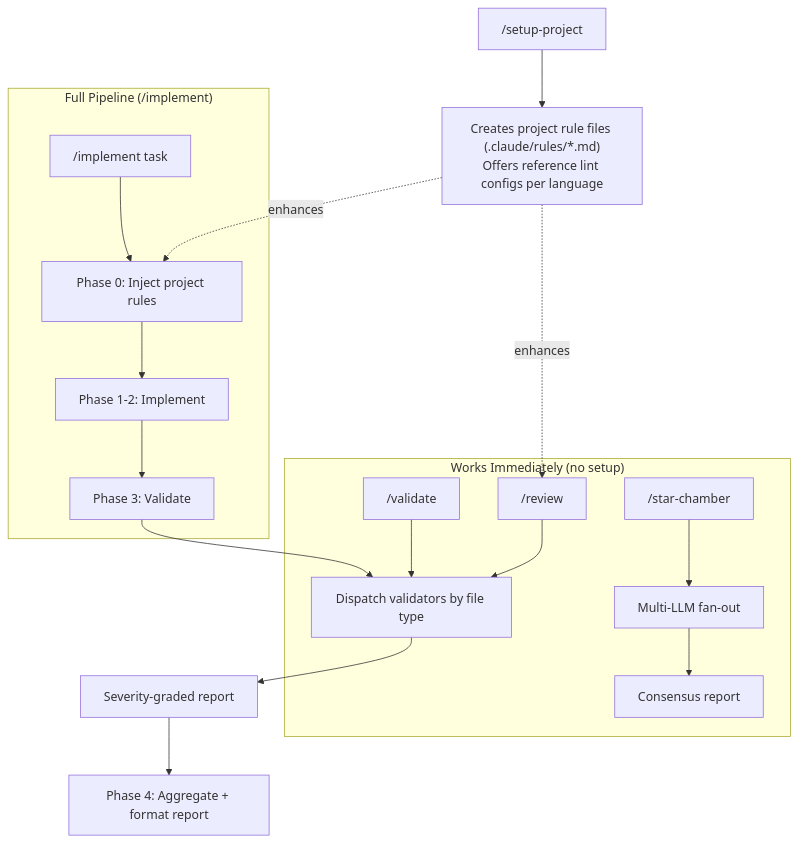
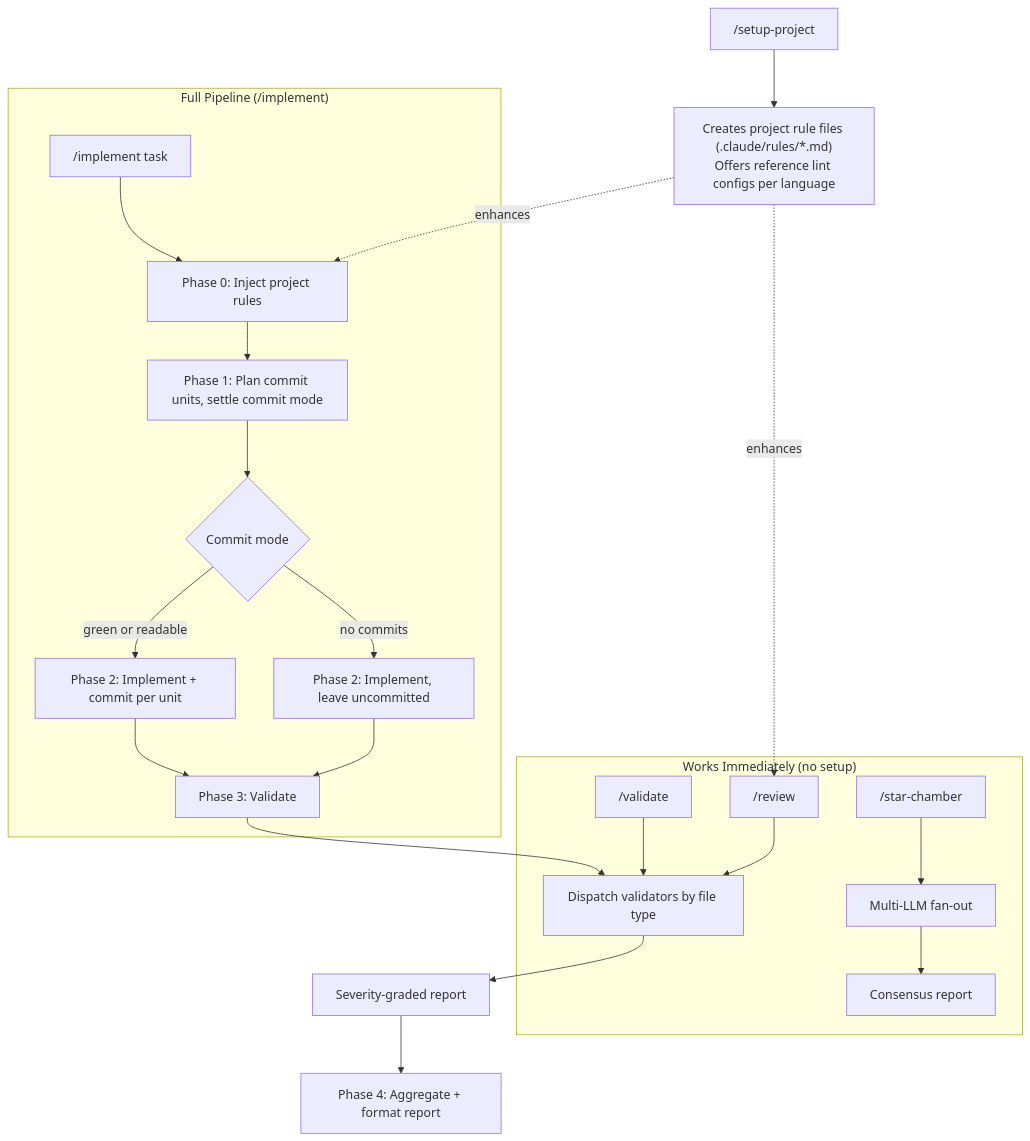
The first of 7 diagrams in ARCHITECTURE.md (peteski22/agent-pragma), drawn with Mermaid before and after one commit. The commit also changed other lines of this file and 3 other files, not shown here.

First line of the commit message:
Commit each planned unit as the implement skill works (#157)

````diff
--- a/ARCHITECTURE.md
+++ b/ARCHITECTURE.md
@@ -9,24 +9,28 @@
 ```mermaid
 flowchart TB
     subgraph Standalone["Works Immediately (no setup)"]
         V["/validate"] --> Validators
         R["/review"] --> Validators
         SC["/star-chamber"] --> SCR["Multi-LLM fan-out"]
         SCR --> SCS["Consensus report"]
     end
 
     Validators["Dispatch validators by file type"] --> Report["Severity-graded report"]
 
     subgraph Pipeline["Full Pipeline (/implement)"]
         I["/implement task"] --> P0["Phase 0: Inject project rules"]
-        P0 --> P12["Phase 1-2: Implement"]
+        P0 --> P1["Phase 1: Plan commit units, settle commit mode"]
+        P1 --> PM{"Commit mode"}
+        PM -->|"green or readable"| P12["Phase 2: Implement + commit per unit"]
+        PM -->|"no commits"| P12B["Phase 2: Implement, leave uncommitted"]
         P12 --> P3["Phase 3: Validate"]
+        P12B --> P3
     end
 
     P3 --> Validators
     Report --> P4["Phase 4: Aggregate + format report"]
 
     S["/setup-project"] --> SR["Creates project rule files (.claude/rules/*.md)<br/>Offers reference lint configs per language"]
     SR -.->|"enhances"| P0
     SR -.->|"enhances"| R
 ```
````
